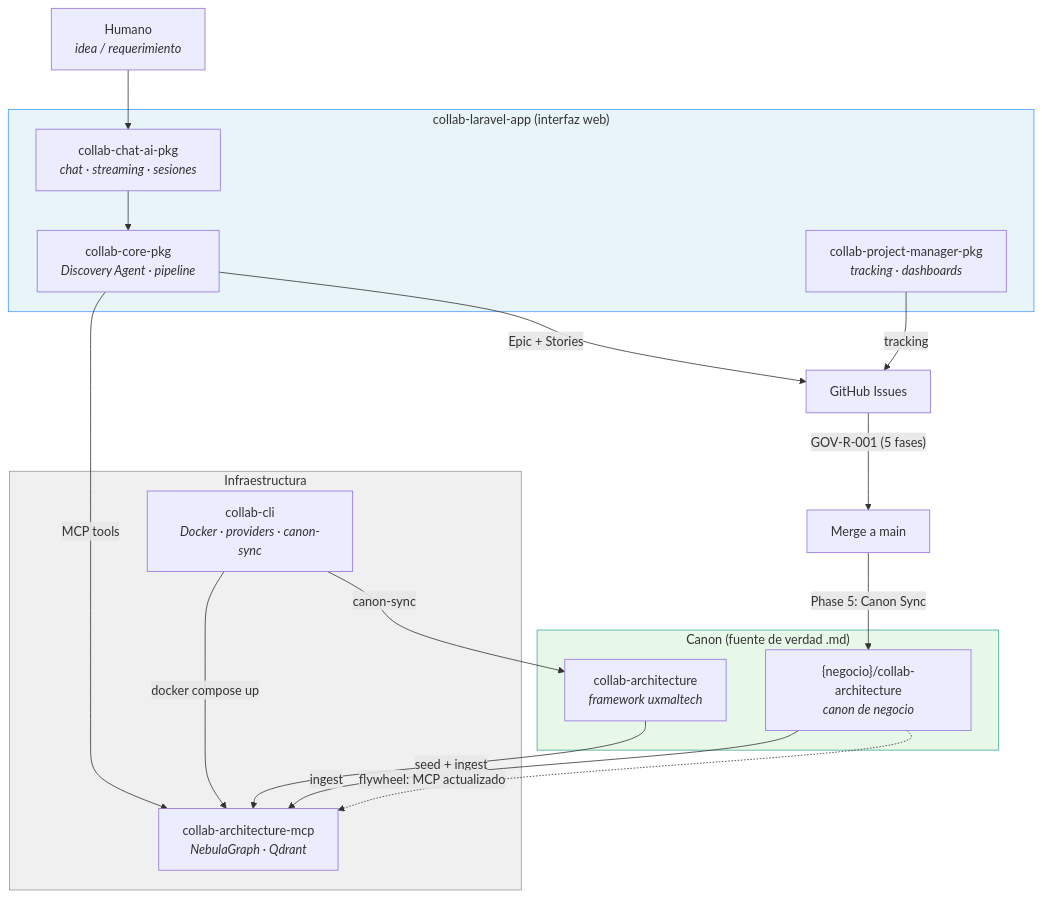
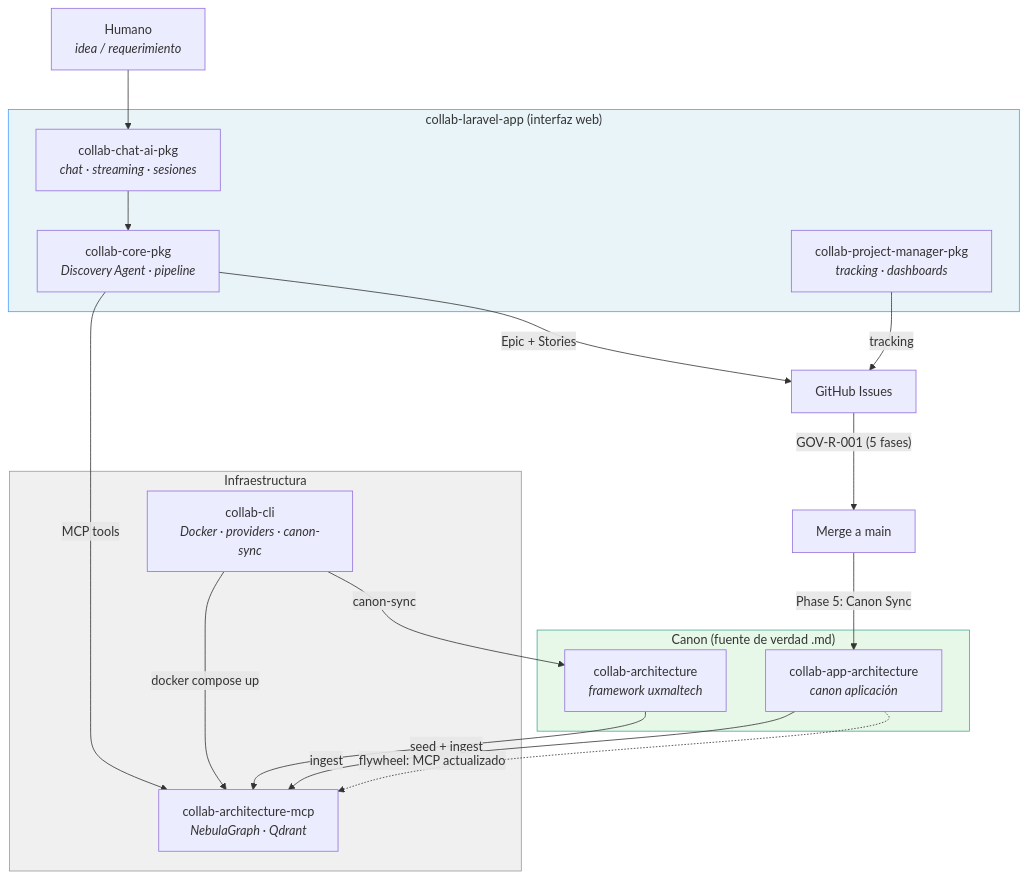
One commit to uxmaltech/collab-architecture changed the first of 2 diagrams in knowledge/decisions/ADR-006-collab-ai-assisted-development-platform.md. Above: the diagram before and after it, drawn with Mermaid. The commit also changed other lines of this file and 1 other file, not shown here.

First line of the commit message:
docs: update ADR-006 and diagrams for configurable business canon repo

````diff
--- a/knowledge/decisions/ADR-006-collab-ai-assisted-development-platform.md
+++ b/knowledge/decisions/ADR-006-collab-ai-assisted-development-platform.md
@@ -31,39 +31,39 @@
 ```mermaid
 graph TD
     HUMAN[Humano<br><i>idea / requerimiento</i>]
 
     subgraph APP["collab-laravel-app (interfaz web)"]
         CHAT[collab-chat-ai-pkg<br><i>chat · streaming · sesiones</i>]
         CORE[collab-core-pkg<br><i>Discovery Agent · pipeline</i>]
         PM[collab-project-manager-pkg<br><i>tracking · dashboards</i>]
     end
 
     subgraph INFRA["Infraestructura"]
         CLI[collab-cli<br><i>Docker · providers · canon-sync</i>]
         MCP[collab-architecture-mcp<br><i>NebulaGraph · Qdrant</i>]
     end
 
     subgraph CANON["Canon (fuente de verdad .md)"]
         CA[collab-architecture<br><i>framework uxmaltech</i>]
-        BCA["{negocio}/collab-architecture"<br><i>canon de negocio</i>]
+        BCA[collab-app-architecture<br><i>canon aplicación</i>]
     end
 
     HUMAN --> CHAT
     CHAT --> CORE
     CORE -- MCP tools --> MCP
     CORE -- "Epic + Stories" --> GH[GitHub Issues]
     PM -- tracking --> GH
 
     CLI -- docker compose up --> MCP
     CLI -- canon-sync --> CA
     CA -- seed + ingest --> MCP
     BCA -- ingest --> MCP
 
     GH -- "GOV-R-001 (5 fases)" --> MERGE[Merge a main]
     MERGE -- "Phase 5: Canon Sync" --> BCA
     BCA -. "flywheel: MCP actualizado" .-> MCP
 
     style APP fill:#e8f4f8,stroke:#4a9eff
     style INFRA fill:#f0f0f0,stroke:#999
     style CANON fill:#e8f8e8,stroke:#4a9
 ```
````
